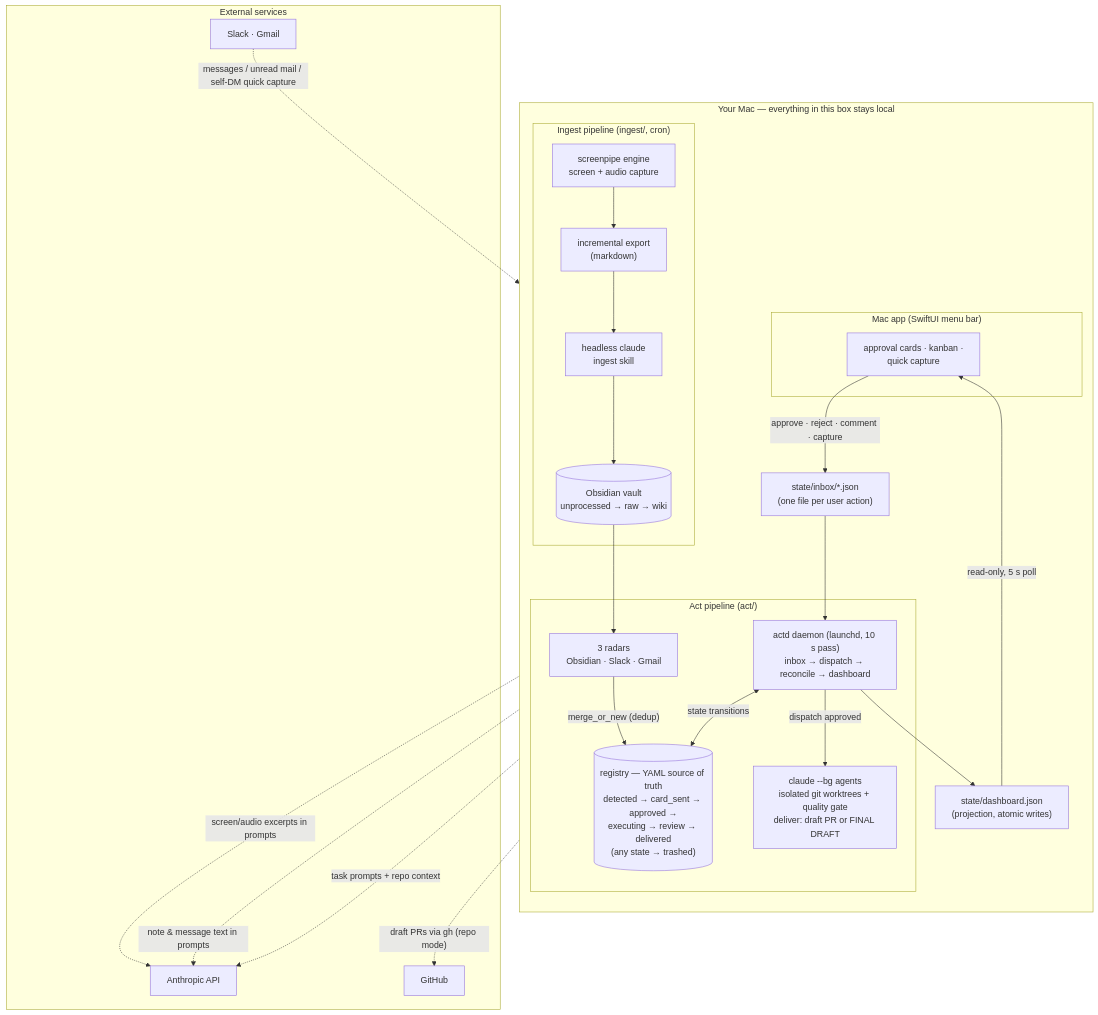
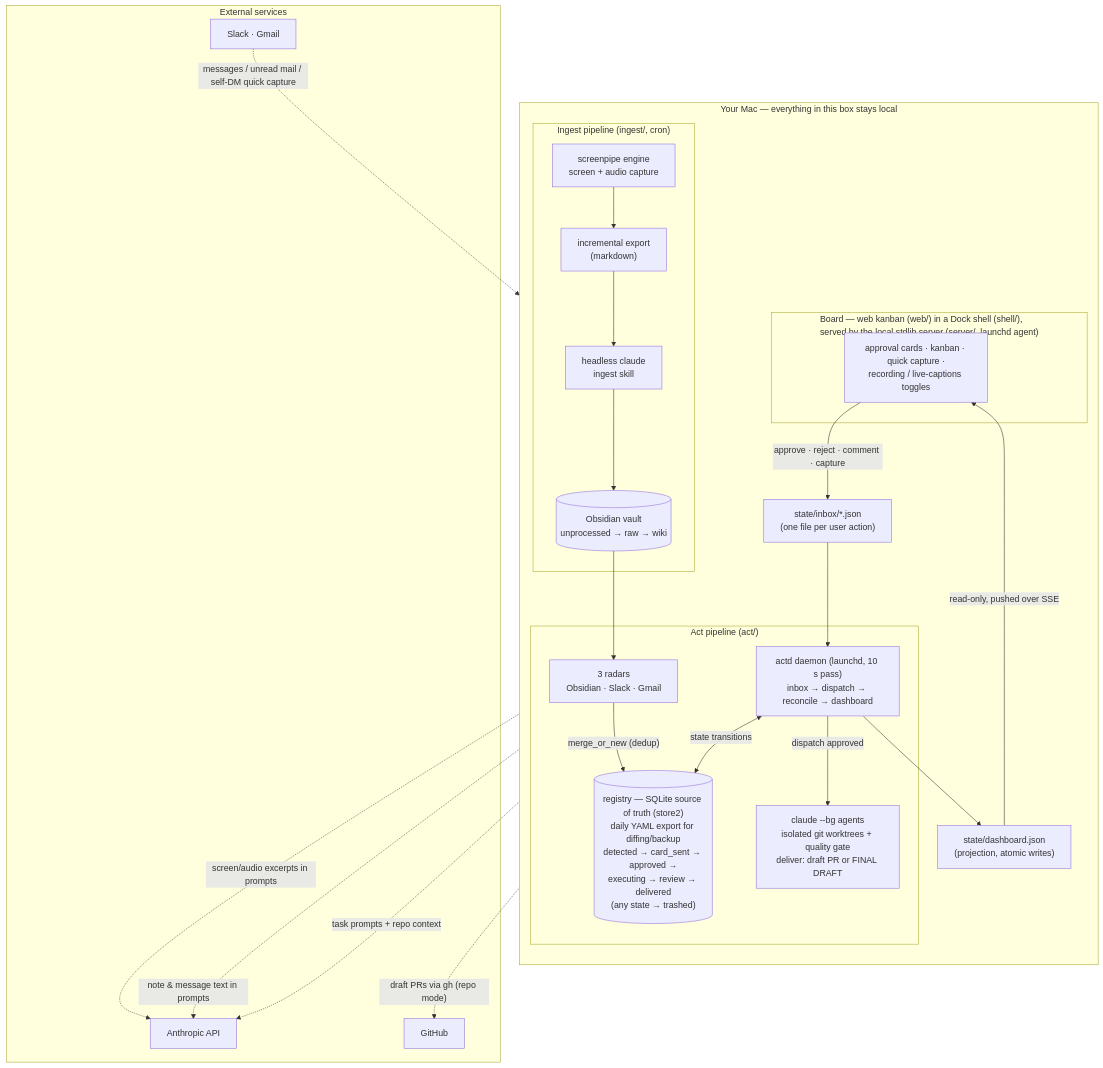
Before and after one commit to Wan-ZL/zelin-ai-assistant: the diagram in README.md, drawn with Mermaid. The commit also changed other lines of this file and 3 other files, not shown here.

First line of the commit message:
release: 1.0.0 — web board + shell + SQLite architecture baseline

````diff
--- a/README.md
+++ b/README.md
@@ -35,48 +35,48 @@
 ```mermaid
 flowchart TB
     subgraph MAC["Your Mac — everything in this box stays local"]
         direction TB
 
         subgraph INGEST["Ingest pipeline (ingest/, cron)"]
             SP["screenpipe engine<br/>screen + audio capture"] --> EXP["incremental export<br/>(markdown)"]
             EXP --> DISTILL["headless claude<br/>ingest skill"]
             DISTILL --> VAULT[("Obsidian vault<br/>unprocessed → raw → wiki")]
         end
 
         subgraph ACTP["Act pipeline (act/)"]
             RADARS["3 radars<br/>Obsidian · Slack · Gmail"]
-            REG[("registry — YAML source of truth<br/>detected → card_sent → approved →<br/>executing → review → delivered<br/>(any state → trashed)")]
+            REG[("registry — SQLite source of truth (store2)<br/>daily YAML export for diffing/backup<br/>detected → card_sent → approved →<br/>executing → review → delivered<br/>(any state → trashed)")]
             ACTD["actd daemon (launchd, 10 s pass)<br/>inbox → dispatch → reconcile → dashboard"]
             AGENTS["claude --bg agents<br/>isolated git worktrees + quality gate<br/>deliver: draft PR or FINAL DRAFT"]
             RADARS -->|"merge_or_new (dedup)"| REG
             ACTD <-->|"state transitions"| REG
             ACTD -->|"dispatch approved"| AGENTS
         end
 
         VAULT --> RADARS
 
         DASH["state/dashboard.json<br/>(projection, atomic writes)"]
         INBOX["state/inbox/*.json<br/>(one file per user action)"]
 
-        subgraph APP["Mac app (SwiftUI menu bar)"]
-            UI["approval cards · kanban ·<br/>quick capture"]
+        subgraph APP["Board — web kanban (web/) in a Dock shell (shell/),<br/>served by the local stdlib server (server/, launchd agent)"]
+            UI["approval cards · kanban · quick capture ·<br/>recording / live-captions toggles"]
         end
 
         ACTD --> DASH
-        DASH -->|"read-only, 5 s poll"| UI
+        DASH -->|"read-only, pushed over SSE"| UI
         UI -->|"approve · reject · comment · capture"| INBOX
         INBOX --> ACTD
     end
 
     subgraph EXT["External services"]
         ANTH["Anthropic API"]
         GH["GitHub"]
         SRC["Slack · Gmail"]
     end
 
     DISTILL -.->|"screen/audio excerpts in prompts"| ANTH
     RADARS -.->|"note & message text in prompts"| ANTH
     AGENTS -.->|"task prompts + repo context"| ANTH
     AGENTS -.->|"draft PRs via gh (repo mode)"| GH
     SRC -.->|"messages / unread mail / self-DM quick capture"| RADARS
 ```
````
